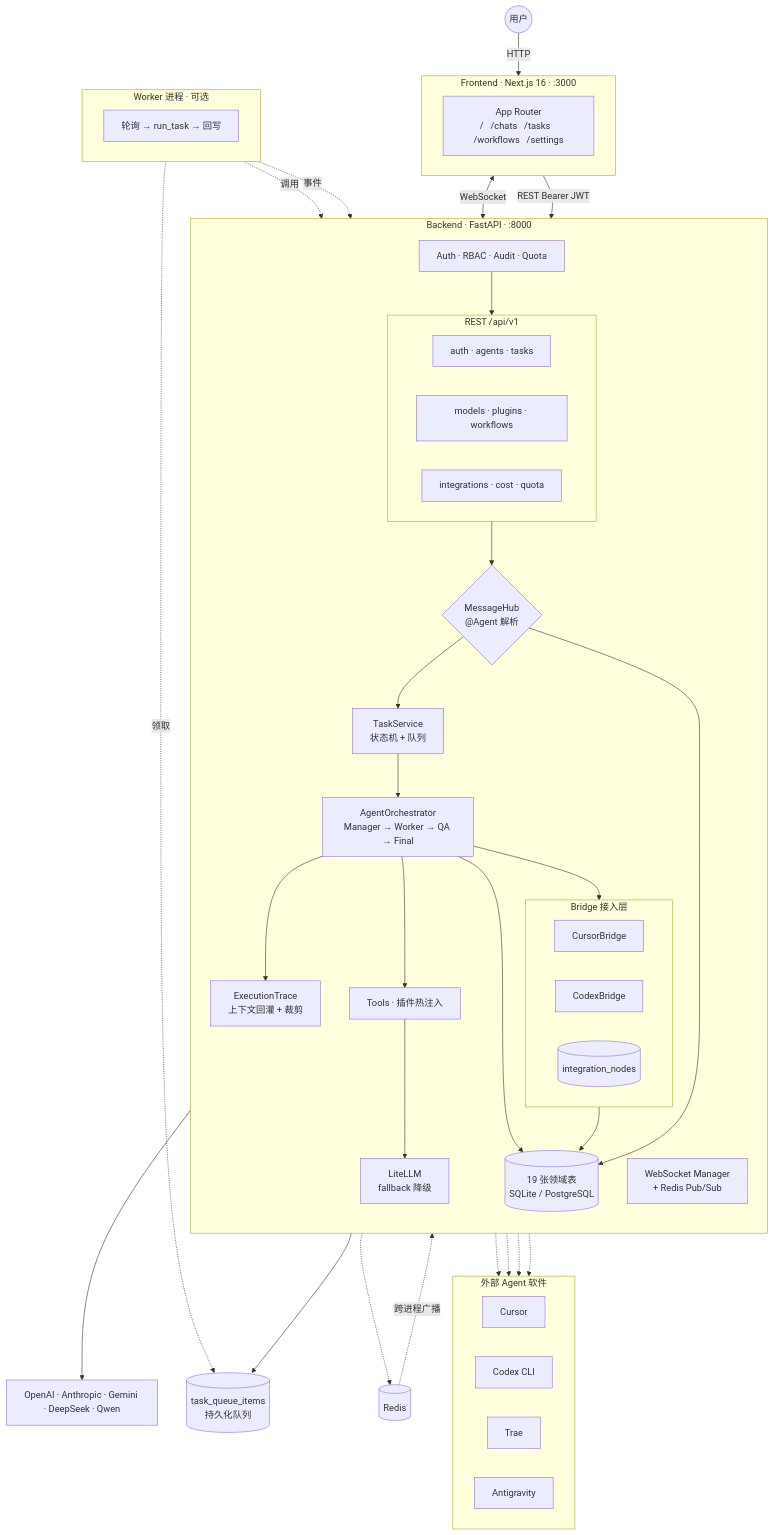
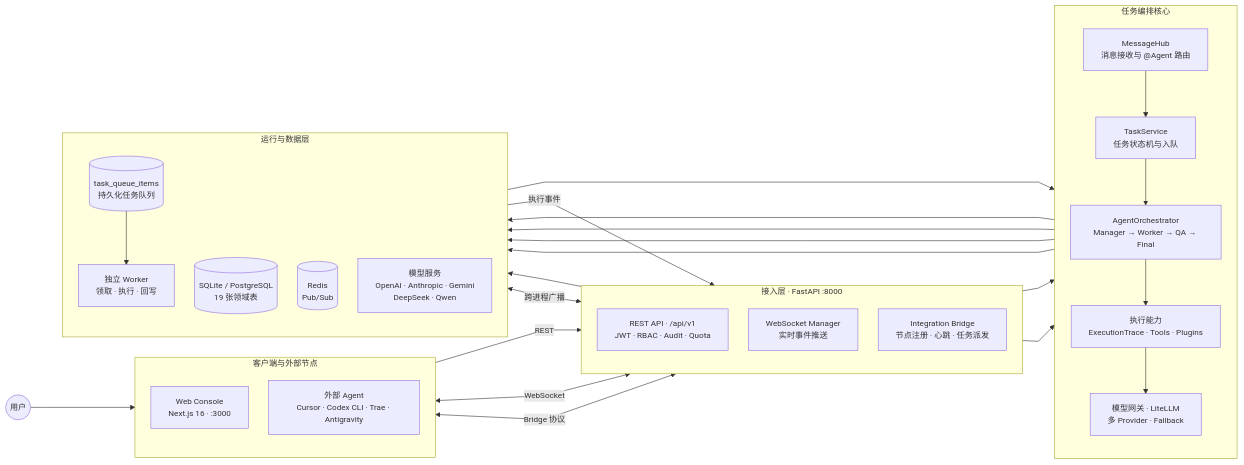
One commit to liwe123/Agent-Togterher changed the diagram in README.md. Above: the diagram before and after it, drawn with Mermaid.

Commit message:
docs: README 架构图优化为横向布局，分层更清晰

````diff
--- a/README.md
+++ b/README.md
@@ -27,82 +27,55 @@
 ```mermaid
-flowchart TB
-    U((用户))
+%%{init: {'flowchart': {'nodeSpacing': 35, 'rankSpacing': 55, 'curve': 'linear'}, 'themeVariables': {'fontSize': '14px'}} }%%
+flowchart LR
+    USER((用户))
 
-    subgraph FE["Frontend · Next.js 16 · :3000"]
-        direction LR
-        UI["App Router<br/>/ &nbsp; /chats &nbsp; /tasks &nbsp; /workflows &nbsp; /settings"]
+    subgraph CLIENT["客户端与外部节点"]
+        direction TB
+        WEB["Web Console<br/>Next.js 16 · :3000"]
+        AGENTS["外部 Agent<br/>Cursor · Codex CLI · Trae · Antigravity"]
     end
 
-    subgraph BE["Backend · FastAPI · :8000"]
+    subgraph ACCESS["接入层 · FastAPI :8000"]
         direction TB
-        GW["Auth · RBAC · Audit · Quota"]
-
-        subgraph API["REST /api/v1"]
-            direction LR
-            A1["auth · agents · tasks"]
-            A2["models · plugins · workflows"]
-            A3["integrations · cost · quota"]
-        end
-
-        HUB{"MessageHub<br/>@Agent 解析"}
-        TSVC["TaskService<br/>状态机 + 队列"]
-        ORCH["AgentOrchestrator<br/>Manager → Worker → QA → Final"]
-        TRACE["ExecutionTrace<br/>上下文回灌 + 裁剪"]
-        TOOLS["Tools · 插件热注入"]
-        LLM["LiteLLM<br/>fallback 降级"]
-
-        subgraph BRG["Bridge 接入层"]
-            direction LR
-            CB["CursorBridge"]
-            XB["CodexBridge"]
-            NB[("integration_nodes")]
-        end
-
-        WSM["WebSocket Manager<br/>+ Redis Pub/Sub"]
-        DB[("19 张领域表<br/>SQLite / PostgreSQL")]
+        REST["REST API · /api/v1<br/>JWT · RBAC · Audit · Quota"]
+        WS["WebSocket Manager<br/>实时事件推送"]
+        BRIDGE["Integration Bridge<br/>节点注册 · 心跳 · 任务派发"]
     end
 
-    QUEUE[("task_queue_items<br/>持久化队列")]
-
-    subgraph WK["Worker 进程 · 可选"]
-        direction LR
-        WP["轮询 → run_task → 回写"]
+    subgraph CORE["任务编排核心"]
+        direction TB
+        HUB["MessageHub<br/>消息接收与 @Agent 路由"]
+        TASK["TaskService<br/>任务状态机与入队"]
+        ORCH["AgentOrchestrator<br/>Manager → Worker → QA → Final"]
+        EXEC["执行能力<br/>ExecutionTrace · Tools · Plugins"]
+        LLM["模型网关 · LiteLLM<br/>多 Provider · Fallback"]
     end
 
-    REDIS[("Redis")]
-
-    subgraph EXT["外部 Agent 软件"]
-        direction LR
-        CUR["Cursor"]
-        COD["Codex CLI"]
-        TRA["Trae"]
-        ANT["Antigravity"]
+    subgraph RUNTIME["运行与数据层"]
+        direction TB
+        WORKER["独立 Worker<br/>领取 · 执行 · 回写"]
+        QUEUE[("task_queue_items<br/>持久化任务队列")]
+        DB[("SQLite / PostgreSQL<br/>19 张领域表")]
+        REDIS[("Redis<br/>Pub/Sub")]
+        MODELS["模型服务<br/>OpenAI · Anthropic · Gemini<br/>DeepSeek · Qwen"]
     end
 
-    MDL["OpenAI · Anthropic · Gemini · DeepSeek · Qwen"]
+    USER --> WEB
+    WEB -->|REST| REST
+    WEB <-->|WebSocket| WS
+    AGENTS <-->|Bridge 协议| BRIDGE
 
-    U -->|HTTP| UI
-    UI <-->|WebSocket| WSM
-    UI -->|REST Bearer JWT| GW
-    GW --> API
-    API --> HUB --> TSVC --> ORCH
-    ORCH --> TRACE
-    ORCH --> TOOLS --> LLM --> MDL
-    ORCH --> BRG
+    REST --> HUB --> TASK --> ORCH
+    BRIDGE --> ORCH
+    ORCH --> EXEC --> LLM --> MODELS
+
+    TASK --> QUEUE
+    QUEUE --> WORKER
+    WORKER --> ORCH
+    WORKER -->|执行事件| WS
+
     HUB --> DB
-    TSVC --> QUEUE
     ORCH --> DB
-    BRG --> DB
-
-    WP -.->|领取| QUEUE
-    WP -.->|调用| ORCH
-    WP -.->|事件| WSM
-
-    WSM -.-> REDIS
-    REDIS -.->|跨进程广播| WSM
-
-    BRG -.-> CUR
-    BRG -.-> COD
-    BRG -.-> TRA
-    BRG -.-> ANT
+    BRIDGE --> DB
+    WS <-->|跨进程广播| REDIS
 ```
````
